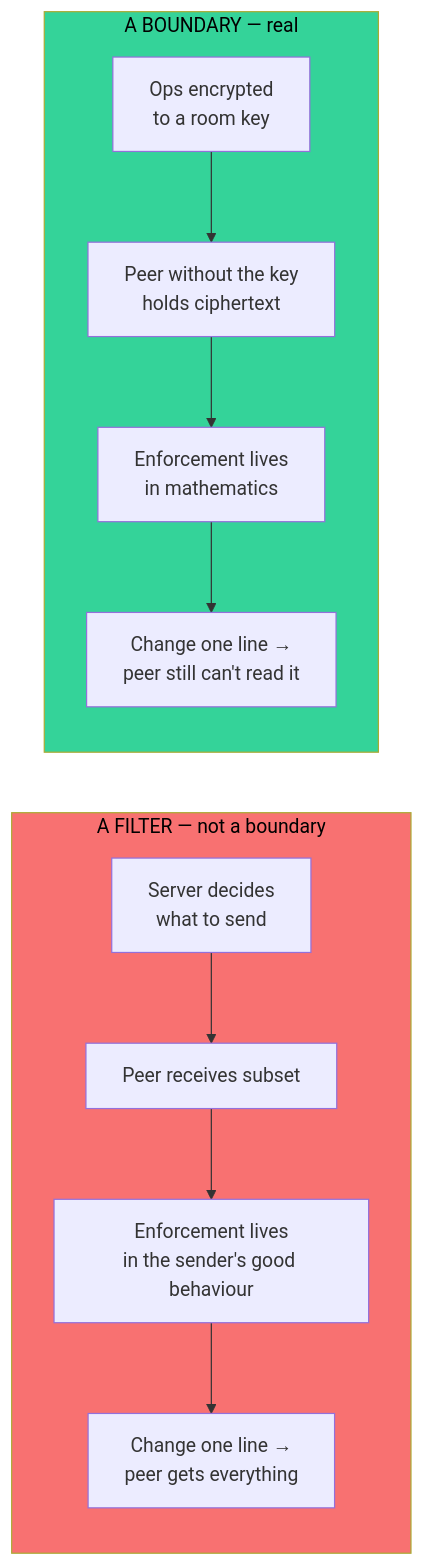
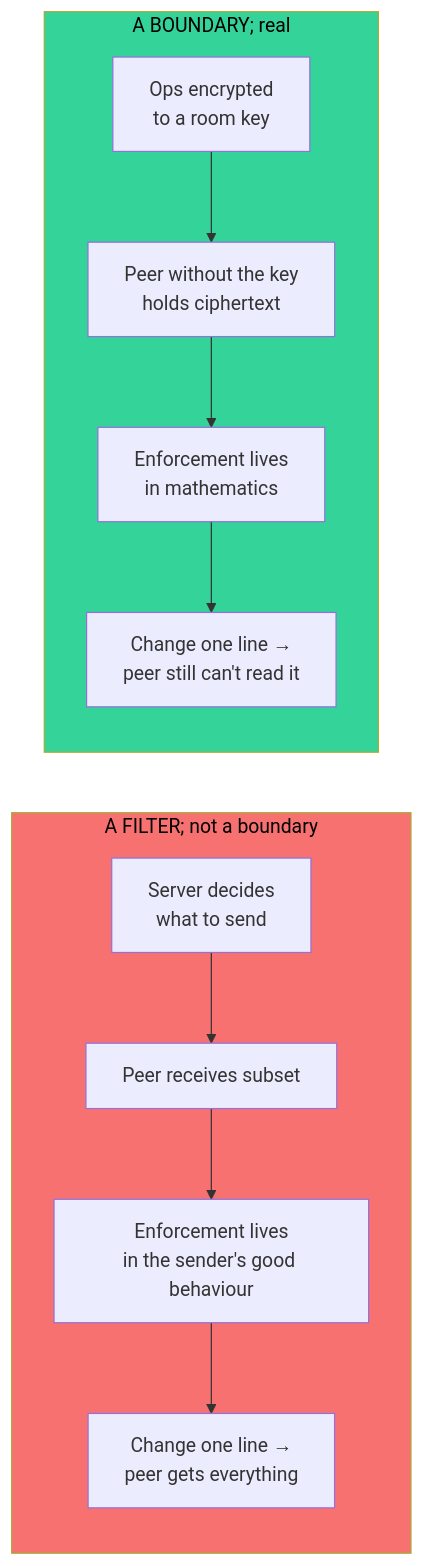
Before and after one commit to trentbrew/trellis: the seventh of 10 diagrams in docs/planning/spec-v1.1-refs-and-authz.md, drawn with Mermaid. The commit also changed other lines of this file and 218 other files, not shown here.

````diff
--- a/docs/planning/spec-v1.1-refs-and-authz.md
+++ b/docs/planning/spec-v1.1-refs-and-authz.md
@@ -221,19 +221,19 @@
 ```mermaid
 flowchart LR
-    subgraph filter["A FILTER — not a boundary"]
+    subgraph filter["A FILTER; not a boundary"]
         FA["Server decides<br/>what to send"]
         FA --> FB["Peer receives subset"]
         FB --> FC["Enforcement lives<br/>in the sender's good behaviour"]
         FC --> FD["Change one line →<br/>peer gets everything"]
     end
 
-    subgraph boundary["A BOUNDARY — real"]
+    subgraph boundary["A BOUNDARY; real"]
         BA["Ops encrypted<br/>to a room key"]
         BA --> BB["Peer without the key<br/>holds ciphertext"]
         BB --> BC["Enforcement lives<br/>in mathematics"]
         BC --> BD["Change one line →<br/>peer still can't read it"]
     end
 
     style filter fill:#f87171,color:#000
     style boundary fill:#34d399,color:#000
 ```
````
